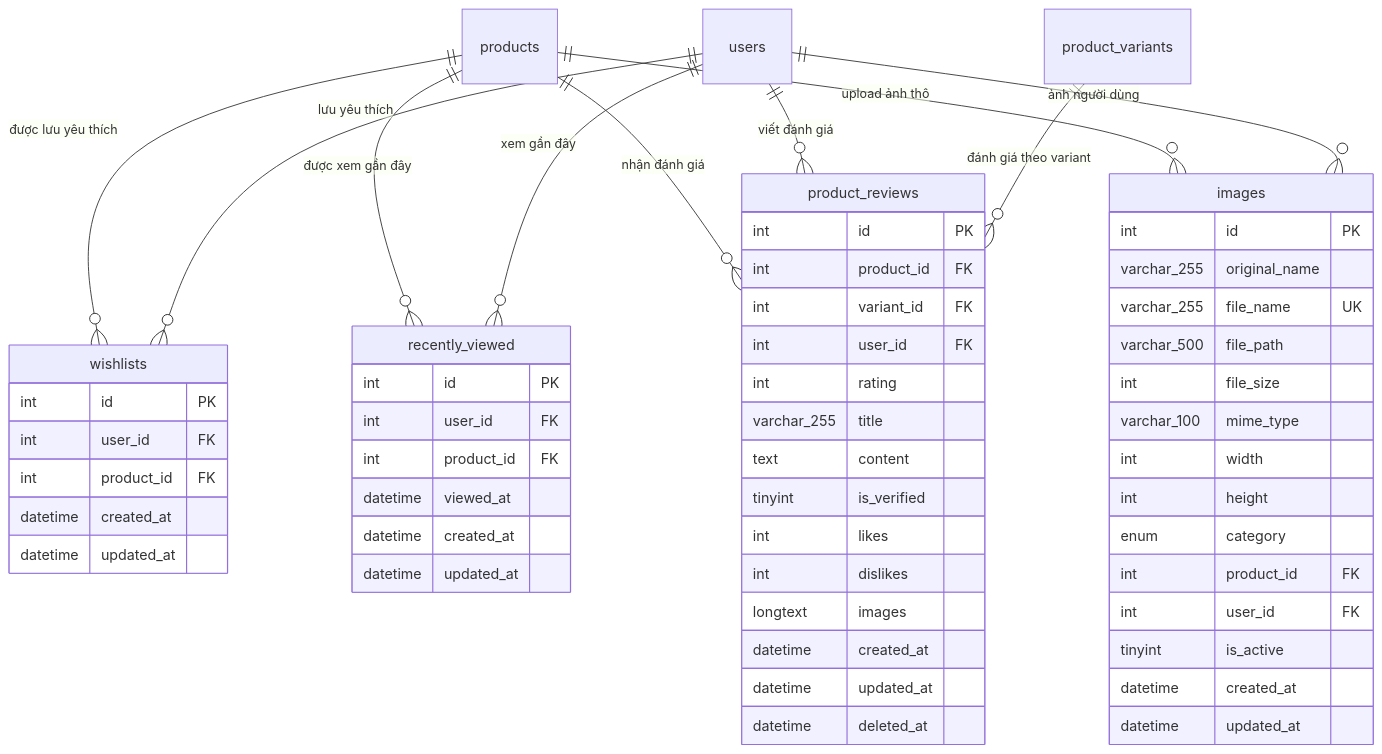
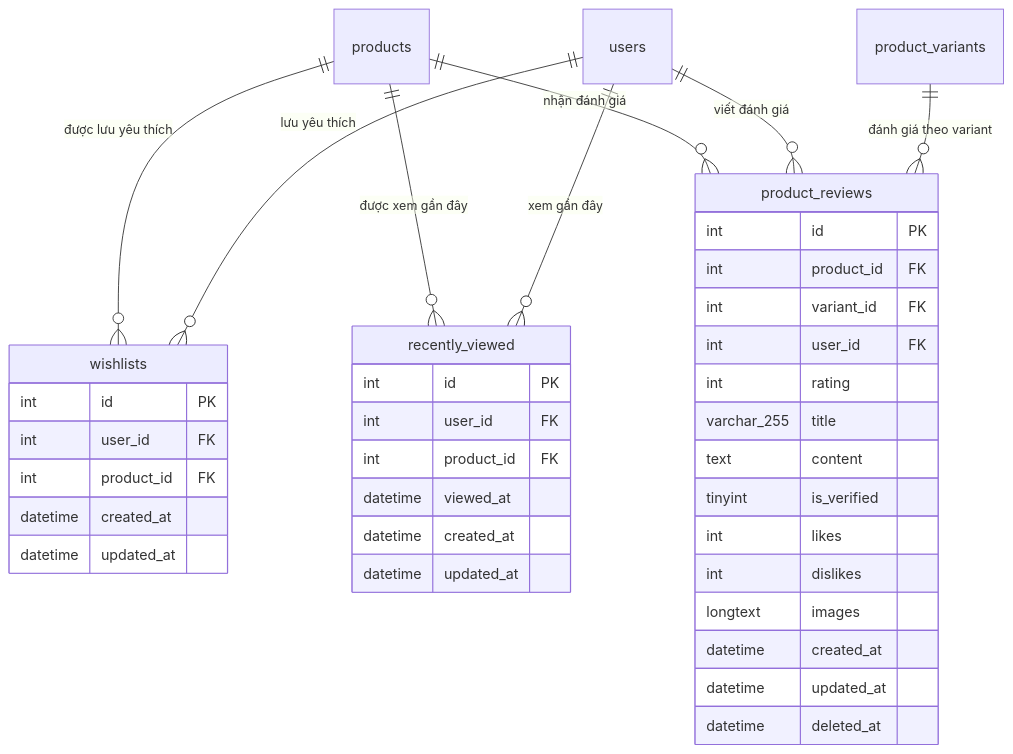
One commit to MinhThang1009/E-commerce-website changed diagram 33 of 47 in DIAGRAMS.md. Above: the diagram before and after it, drawn with Mermaid. The commit also changed other lines of this file and 118 other files, not shown here.

````diff
--- a/DIAGRAMS.md
+++ b/DIAGRAMS.md
@@ -1328,63 +1328,44 @@
 ```mermaid
 erDiagram
     wishlists {
         int id PK
         int user_id FK
         int product_id FK
         datetime created_at
         datetime updated_at
     }
 
     recently_viewed {
         int id PK
         int user_id FK
         int product_id FK
         datetime viewed_at
         datetime created_at
         datetime updated_at
     }
 
     product_reviews {
         int id PK
         int product_id FK
         int variant_id FK
         int user_id FK
         int rating
         varchar_255 title
         text content
         tinyint is_verified
         int likes
         int dislikes
         longtext images
         datetime created_at
         datetime updated_at
         datetime deleted_at
     }
 
-    images {
-        int id PK
-        varchar_255 original_name
-        varchar_255 file_name UK
-        varchar_500 file_path
-        int file_size
-        varchar_100 mime_type
-        int width
-        int height
-        enum category
-        int product_id FK
-        int user_id FK
-        tinyint is_active
-        datetime created_at
-        datetime updated_at
-    }
-
     products ||--o{ wishlists : "được lưu yêu thích"
     products ||--o{ recently_viewed : "được xem gần đây"
     products ||--o{ product_reviews : "nhận đánh giá"
     users ||--o{ product_reviews : "viết đánh giá"
     product_variants ||--o{ product_reviews : "đánh giá theo variant"
-    products ||--o{ images : "upload ảnh thô"
-    users ||--o{ images : "ảnh người dùng"
     users ||--o{ wishlists : "lưu yêu thích"
     users ||--o{ recently_viewed : "xem gần đây"
 ```
````
